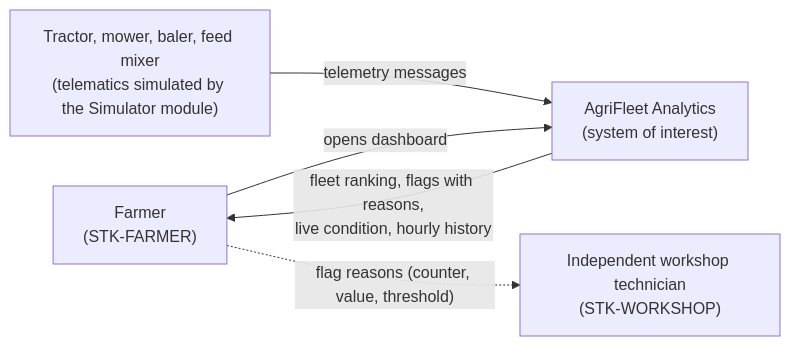
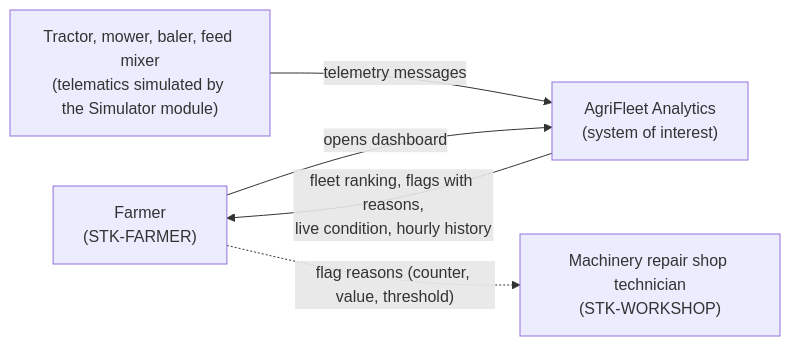
One commit to mariolagge/agri-fleet-analytics changed the first of 5 diagrams in docs/SYSTEM-MODEL.md. Above: the diagram before and after it, drawn with Mermaid. The commit also changed 25 other files, not shown here.

````diff
--- a/docs/SYSTEM-MODEL.md
+++ b/docs/SYSTEM-MODEL.md
@@ -19,11 +19,11 @@
 ```mermaid
 flowchart LR
     farmer["Farmer<br/>(STK-FARMER)"]
-    workshop["Independent workshop technician<br/>(STK-WORKSHOP)"]
+    workshop["Machinery repair shop technician<br/>(STK-WORKSHOP)"]
     machines["Tractor, mower, baler, feed mixer<br/>(telematics simulated by the Simulator module)"]
     system["AgriFleet Analytics<br/>(system of interest)"]
     machines -- "telemetry messages" --> system
     farmer -- "opens dashboard" --> system
     system -- "fleet ranking, flags with reasons,<br/>live condition, hourly history" --> farmer
     farmer -. "flag reasons (counter, value, threshold)" .-> workshop
 ```
````
